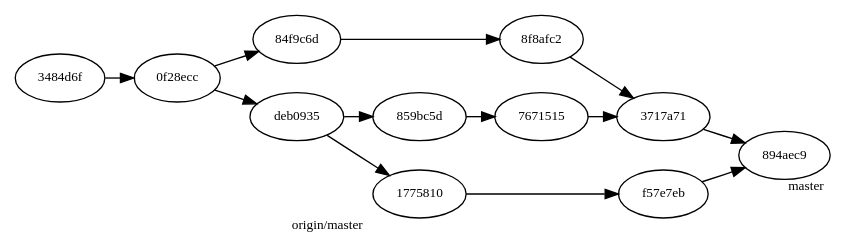
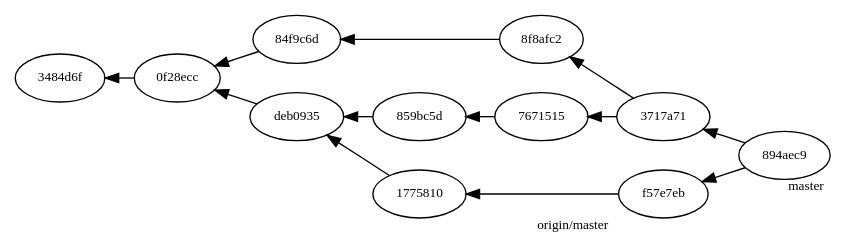
Before and after one commit to jonaskeisu/newton-sysg-op1: the diagram in lektioner/11-programmering-i-team/fig/remote-merge.dot, drawn with Graphviz. The commit also changed 10 other files, not shown here.

```diff
--- a/lektioner/11-programmering-i-team/fig/remote-merge.dot
+++ b/lektioner/11-programmering-i-team/fig/remote-merge.dot
@@ -1,23 +1,24 @@
 digraph branch 
 {
   rankdir=LR
   ranksep=0.3
   nodesep=0.3
-  node [fontsize=10,]
+  node [fontsize=10]
+  edge [dir = "back"]
   c2 [label = "3484d6f"]
   c3 [label = "0f28ecc"]
   c4 [label = "84f9c6d"]
   c5 [label = "8f8afc2"]
   c6 [label = "deb0935"]
   c7 [label = "859bc5d"]
   c8 [label = "7671515"]
   c9 [label = "3717a71"]
-  c10 [label = "1775810", xlabel="origin/master"]
-  c11 [label = "f57e7eb"]
+  c10 [label = "1775810"]
+  c11 [label = "f57e7eb", xlabel="origin/master"]
   c12 [label = "894aec9", xlabel="master"]
 
 
   c2 -> c3 -> c4 -> c5 -> c9 -> c12
   c3 -> c6 -> c7  -> c8 -> c9
   c6 -> c10 -> c11 -> c12
 }
```
